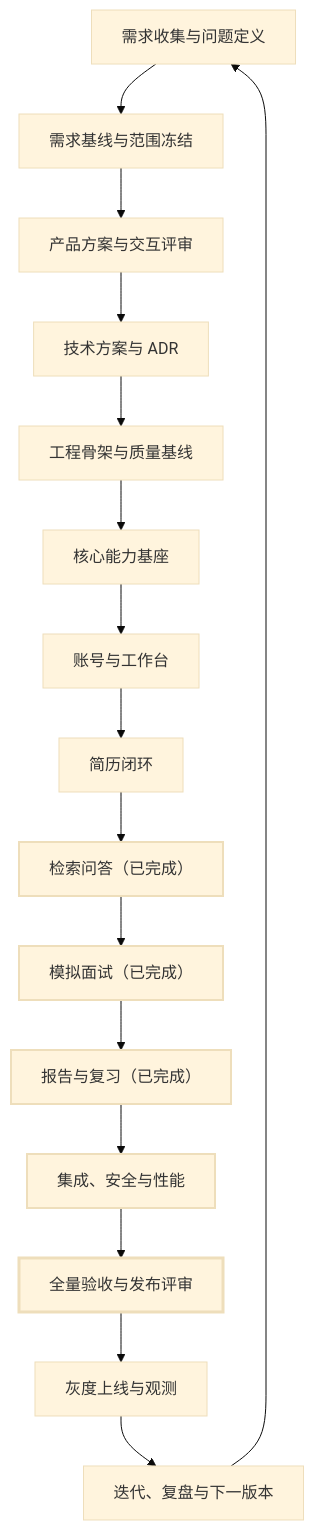
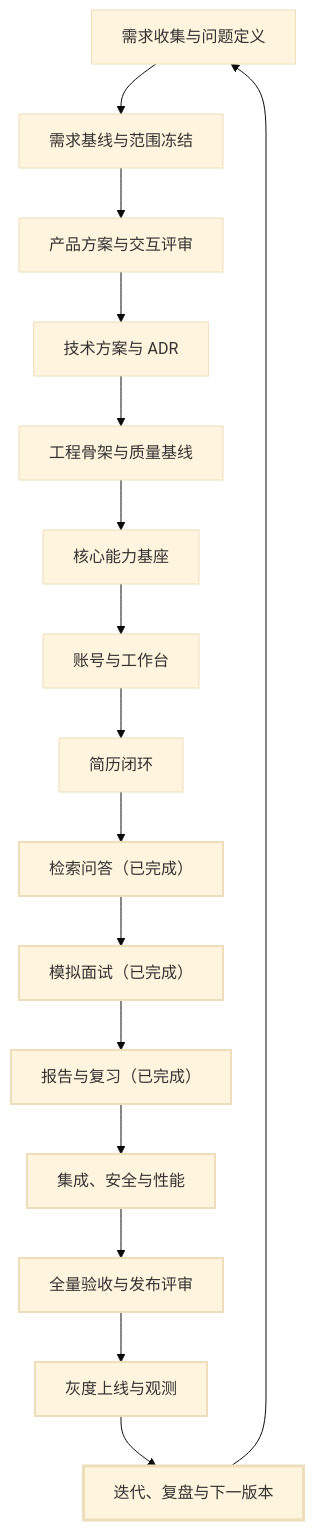
The diagram in docs/development-flow.md (Rainloury/technical-interview-agent), drawn with Mermaid (base theme) before and after one commit. The commit also changed other lines of this file and 10 other files, not shown here.

````diff
--- a/docs/development-flow.md
+++ b/docs/development-flow.md
@@ -43,26 +43,28 @@
 ```mermaid
 flowchart TD
     A["需求收集与问题定义"] --> B["需求基线与范围冻结"]
     B --> C["产品方案与交互评审"]
     C --> D["技术方案与 ADR"]
     D --> E["工程骨架与质量基线"]
     E --> F["核心能力基座"]
     F --> G["账号与工作台"]
     G --> H["简历闭环"]
     H --> I["检索问答（已完成）"]
     I --> J["模拟面试（已完成）"]
     J --> K["报告与复习（已完成）"]
     K --> L["集成、安全与性能"]
     L --> M["全量验收与发布评审"]
     M --> N["灰度上线与观测"]
     N --> O["迭代、复盘与下一版本"]
     O --> A
 
     classDef current stroke-width:3px;
     classDef completed stroke-width:2px;
     class I completed;
     class J completed;
     class K completed;
     class L completed;
-    class M current;
+    class M completed;
+    class N completed;
+    class O current;
 ```
````
